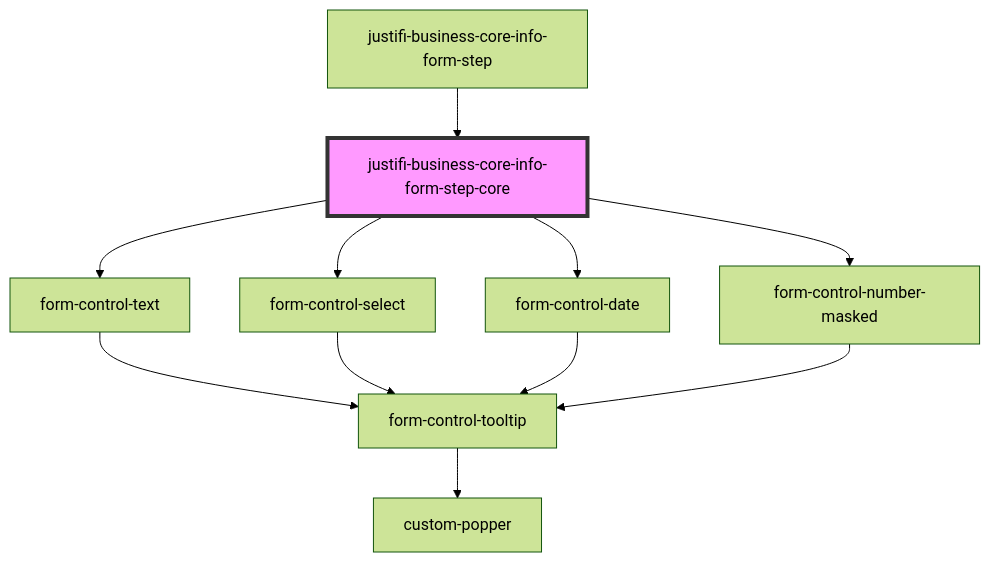
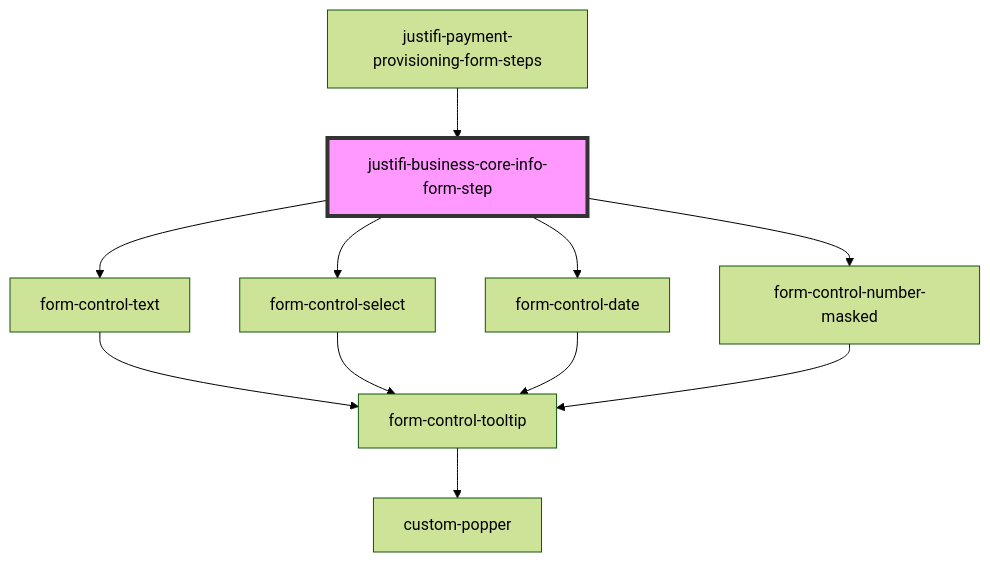
The diagram in packages/webcomponents/src/components/business-forms/payment-provisioning/business-core-info/readme.md (justifi-tech/web-component-library), drawn with Mermaid (forest theme) before and after one commit. The commit also changed other lines of this file and 11 other files, not shown here.

First line of the commit message:
enhancement: Remove core component from Payment Provisioning steps components (#1198)

````diff
--- a/packages/webcomponents/src/components/business-forms/payment-provisioning/business-core-info/readme.md
+++ b/packages/webcomponents/src/components/business-forms/payment-provisioning/business-core-info/readme.md
@@ -61,14 +60,14 @@
 ```mermaid
 graph TD;
-  justifi-business-core-info-form-step-core --> form-control-text
-  justifi-business-core-info-form-step-core --> form-control-select
-  justifi-business-core-info-form-step-core --> form-control-date
-  justifi-business-core-info-form-step-core --> form-control-number-masked
+  justifi-business-core-info-form-step --> form-control-text
+  justifi-business-core-info-form-step --> form-control-select
+  justifi-business-core-info-form-step --> form-control-date
+  justifi-business-core-info-form-step --> form-control-number-masked
   form-control-text --> form-control-tooltip
   form-control-tooltip --> custom-popper
   form-control-select --> form-control-tooltip
   form-control-date --> form-control-tooltip
   form-control-number-masked --> form-control-tooltip
-  justifi-business-core-info-form-step --> justifi-business-core-info-form-step-core
-  style justifi-business-core-info-form-step-core fill:#f9f,stroke:#333,stroke-width:4px
+  justifi-payment-provisioning-form-steps --> justifi-business-core-info-form-step
+  style justifi-business-core-info-form-step fill:#f9f,stroke:#333,stroke-width:4px
 ```
````
